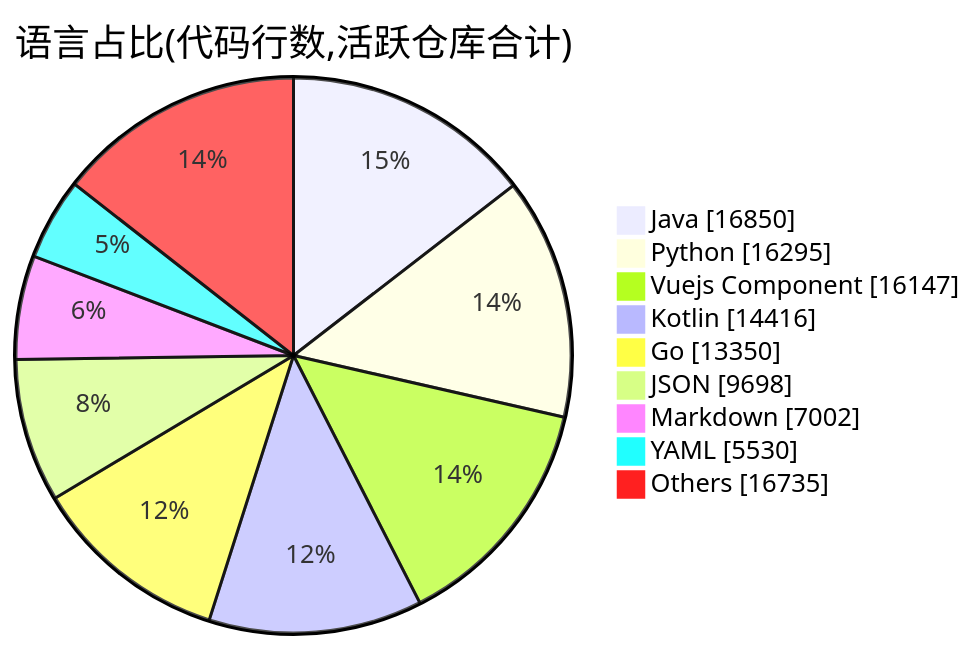
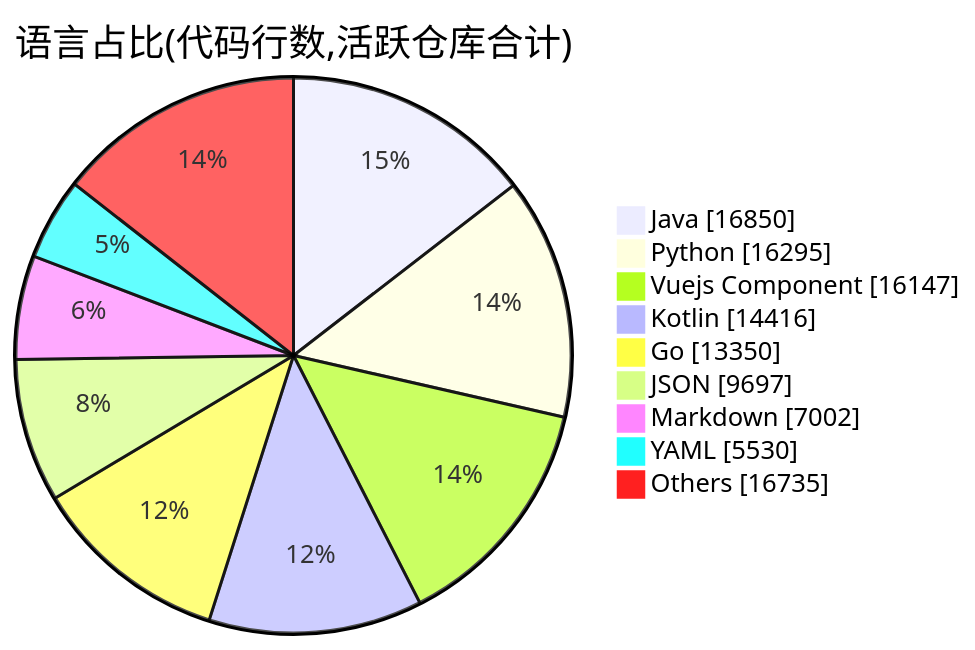
One commit to Conflux-Union/.github changed the second of 2 diagrams in profile/README.md. Above: the diagram before and after it, drawn with Mermaid. The commit also changed other lines of this file and 1 other file, not shown here.

````diff
--- a/profile/README.md
+++ b/profile/README.md
@@ -78,13 +78,13 @@
 ```mermaid
 pie showData
     title 语言占比(代码行数,活跃仓库合计)
     "Java" : 16850
     "Python" : 16295
     "Vuejs Component" : 16147
     "Kotlin" : 14416
     "Go" : 13350
-    "JSON" : 9698
+    "JSON" : 9697
     "Markdown" : 7002
     "YAML" : 5530
     "Others" : 16735
 ```
````
